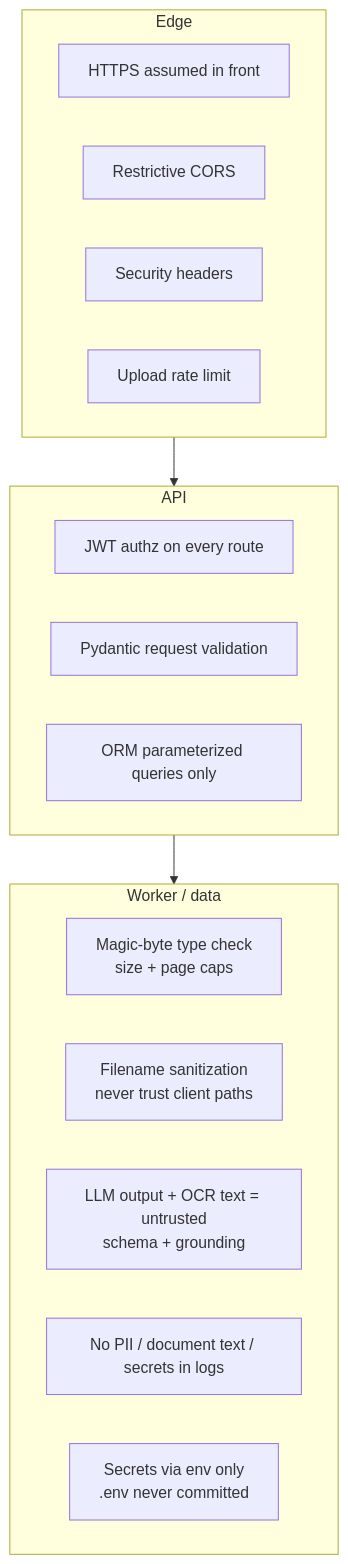
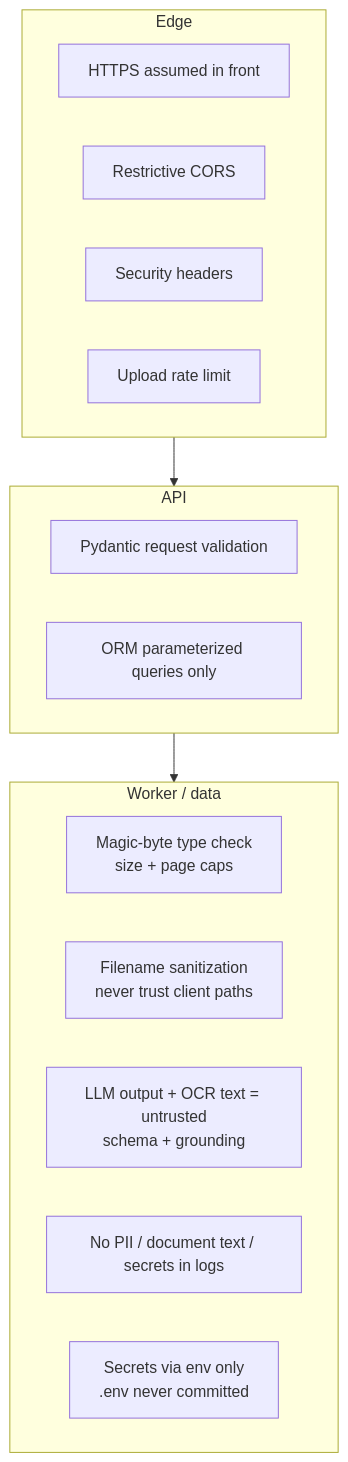
Diagram 17 of 18 in docs/architecture.md (aieng-abdullah/care_sraie_assignment-), drawn with Mermaid before and after one commit. The commit also changed other lines of this file and 10 other files, not shown here.

````diff
--- a/docs/architecture.md
+++ b/docs/architecture.md
@@ -458,22 +439,21 @@
 ```mermaid
 flowchart TB
     subgraph edge [Edge]
         TLS[HTTPS assumed in front]
         CORS[Restrictive CORS]
         HDR[Security headers]
         RL[Upload rate limit]
     end
     subgraph api [API]
-        JWT[JWT authz on every route]
         MV[Pydantic request validation]
         ORM[ORM parameterized queries only]
     end
     subgraph worker [Worker / data]
         MB[Magic-byte type check<br/>size + page caps]
         FN[Filename sanitization<br/>never trust client paths]
         UN[LLM output + OCR text = untrusted<br/>schema + grounding]
         NL[No PII / document text / secrets in logs]
         ENV[Secrets via env only<br/>.env never committed]
     end
     edge --> api --> worker
 ```
````
